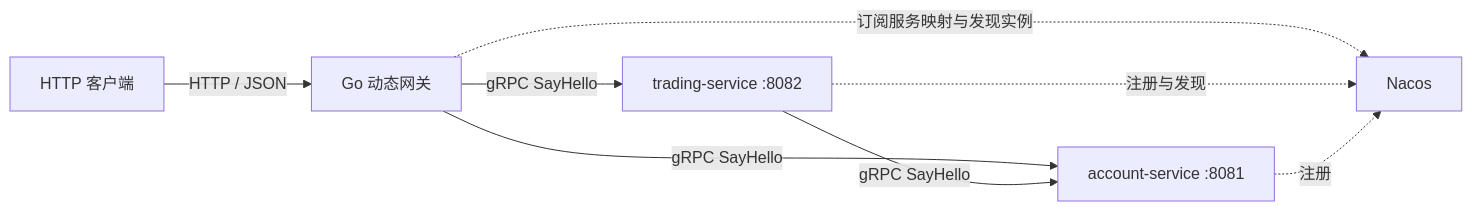
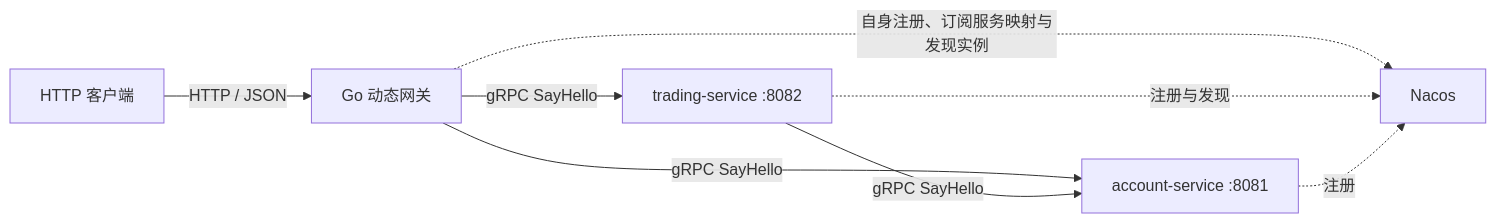
The diagram in docs/architecture.md (MARETU01/ledger-core), drawn with Mermaid before and after one commit. The commit also changed other lines of this file and 8 other files, not shown here.

Commit message:
feat(gateway): register HTTP instance with Nacos

````diff
--- a/docs/architecture.md
+++ b/docs/architecture.md
@@ -9,10 +9,10 @@
 ```mermaid
 flowchart LR
     Client[HTTP 客户端] -->|HTTP / JSON| Gateway[Go 动态网关]
     Gateway -->|gRPC SayHello| Trading[trading-service :8082]
     Gateway -->|gRPC SayHello| Account[account-service :8081]
     Trading -->|gRPC SayHello| Account
-    Gateway -.->|订阅服务映射与发现实例| Nacos[Nacos]
+    Gateway -.->|自身注册、订阅服务映射与发现实例| Nacos[Nacos]
     Trading -.->|注册与发现| Nacos
     Account -.->|注册| Nacos
 ```
````
